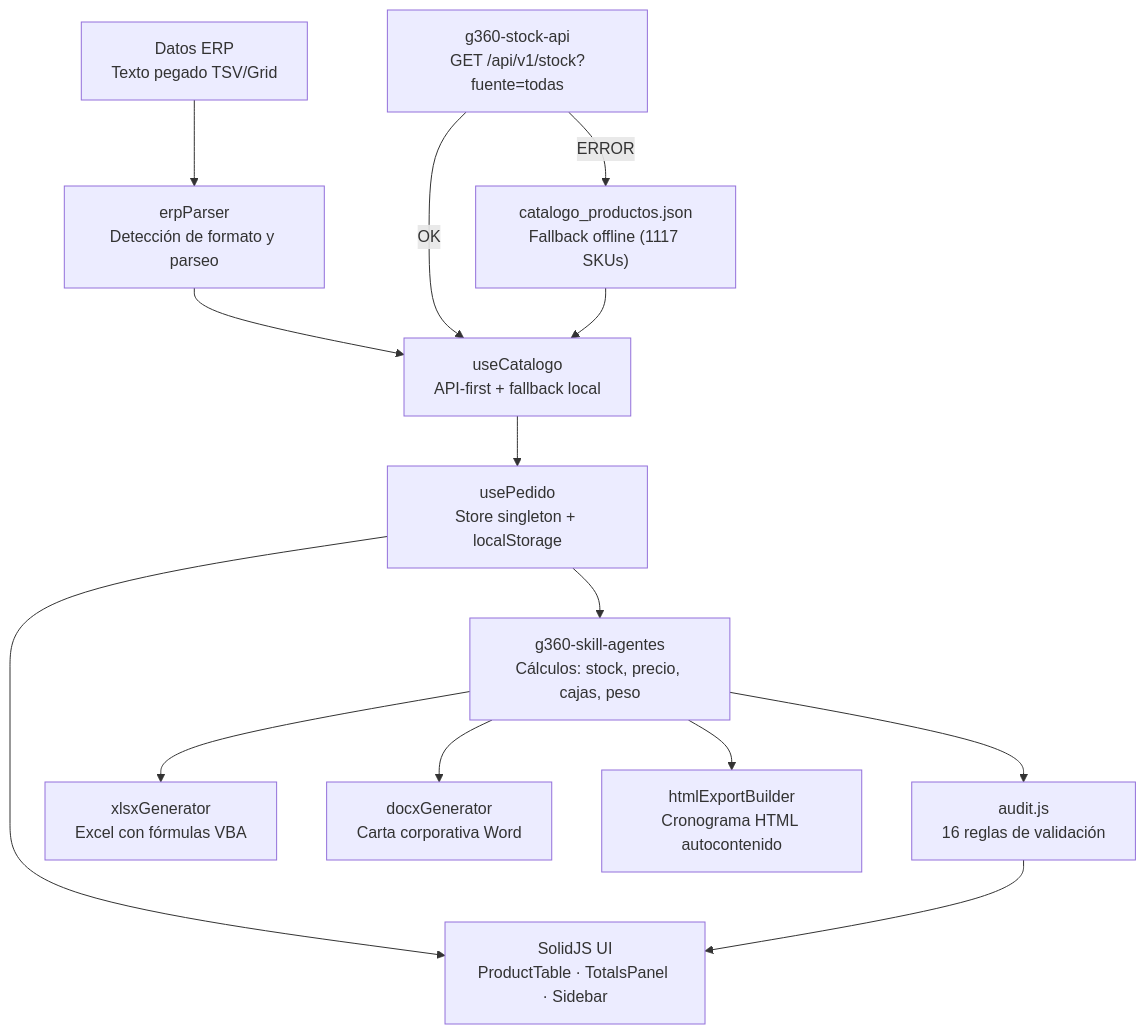
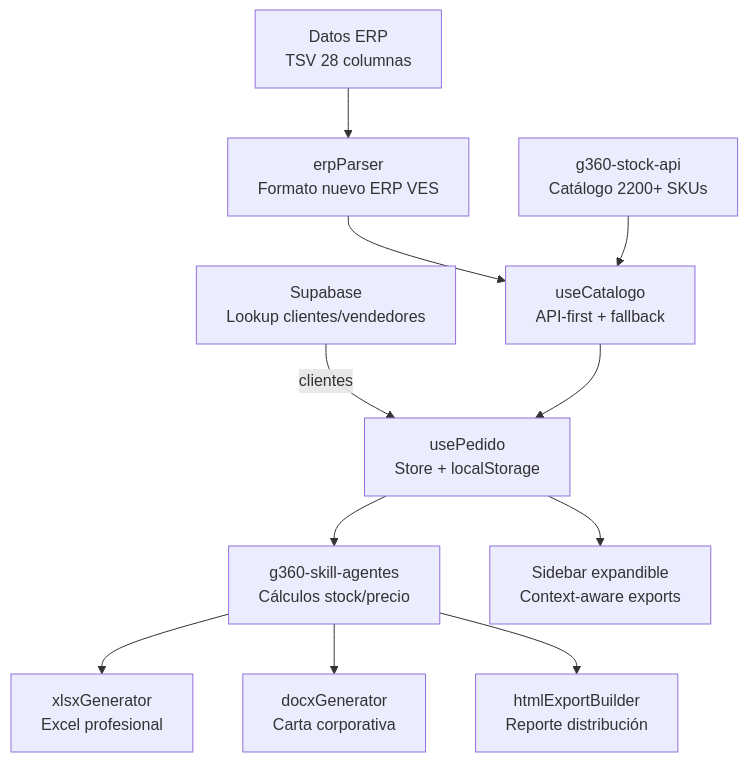
One commit to carloscus/g360-order-xlsx changed the diagram in README.md. Above: the diagram before and after it, drawn with Mermaid. The commit also changed other lines of this file and 25 other files, not shown here.

First line of the commit message:
feat: v6.0.0 - Supabase integration, sidebar expandible, paleta teal

````diff
--- a/README.md
+++ b/README.md
@@ -16,29 +16,25 @@
 ```mermaid
 flowchart TD
-    ERP["Datos ERP<br/>Texto pegado TSV/Grid"]
-    PARSER["erpParser<br/>Detección de formato y parseo"]
-    API["g360-stock-api<br/>GET /api/v1/stock?fuente=todas"]
-    FALLBACK["catalogo_productos.json<br/>Fallback offline (1117 SKUs)"]
-    CATALOG["useCatalogo<br/>API-first + fallback local"]
-    STATE["usePedido<br/>Store singleton + localStorage"]
-    AGENTS["g360-skill-agentes<br/>Cálculos: stock, precio, cajas, peso"]
-    AUDIT["audit.js<br/>16 reglas de validación"]
-    XLSX["xlsxGenerator<br/>Excel con fórmulas VBA"]
-    DOCX["docxGenerator<br/>Carta corporativa Word"]
-    HTML["htmlExportBuilder<br/>Cronograma HTML autocontenido"]
-    UI["SolidJS UI<br/>ProductTable · TotalsPanel · Sidebar"]
+    ERP["Datos ERP<br/>TSV 28 columnas"]
+    SUPABASE["Supabase<br/>Lookup clientes/vendedores"]
+    PARSER["erpParser<br/>Formato nuevo ERP VES"]
+    API["g360-stock-api<br/>Catálogo 2200+ SKUs"]
+    CATALOG["useCatalogo<br/>API-first + fallback"]
+    STATE["usePedido<br/>Store + localStorage"]
+    AGENTS["g360-skill-agentes<br/>Cálculos stock/precio"]
+    XLSX["xlsxGenerator<br/>Excel profesional"]
+    DOCX["docxGenerator<br/>Carta corporativa"]
+    HTML["htmlExportBuilder<br/>Reporte distribución"]
+    UI["Sidebar expandible<br/>Context-aware exports"]
 
     ERP --> PARSER
+    SUPABASE -->|clientes| STATE
     PARSER --> CATALOG
-    API -->|OK| CATALOG
-    API -->|ERROR| FALLBACK
-    FALLBACK --> CATALOG
+    API --> CATALOG
     CATALOG --> STATE
     STATE --> AGENTS
-    AGENTS --> AUDIT
     AGENTS --> XLSX
     AGENTS --> DOCX
     AGENTS --> HTML
     STATE --> UI
-    AUDIT --> UI
 ```
````
